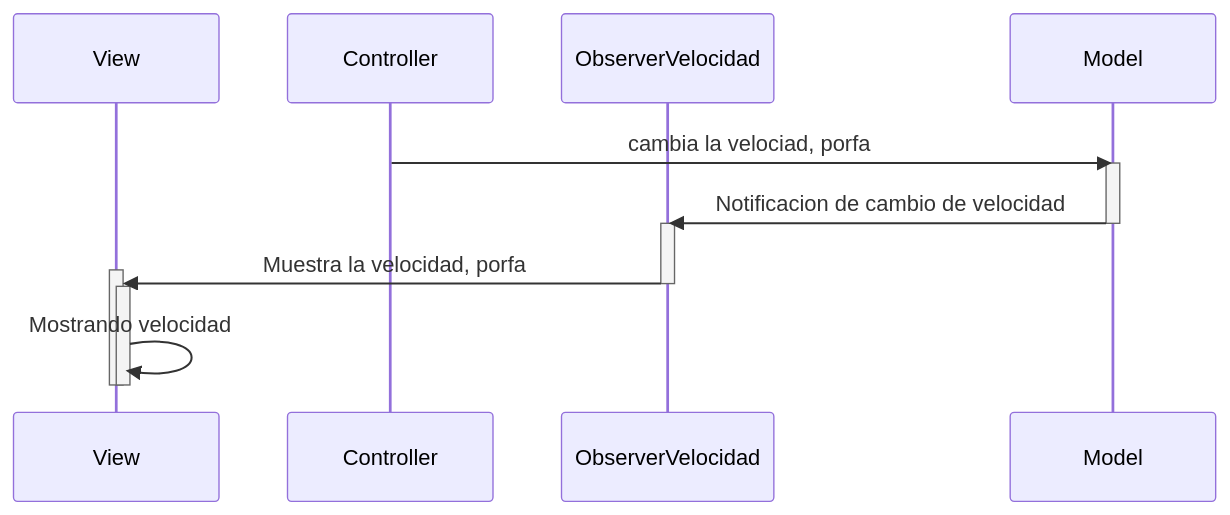
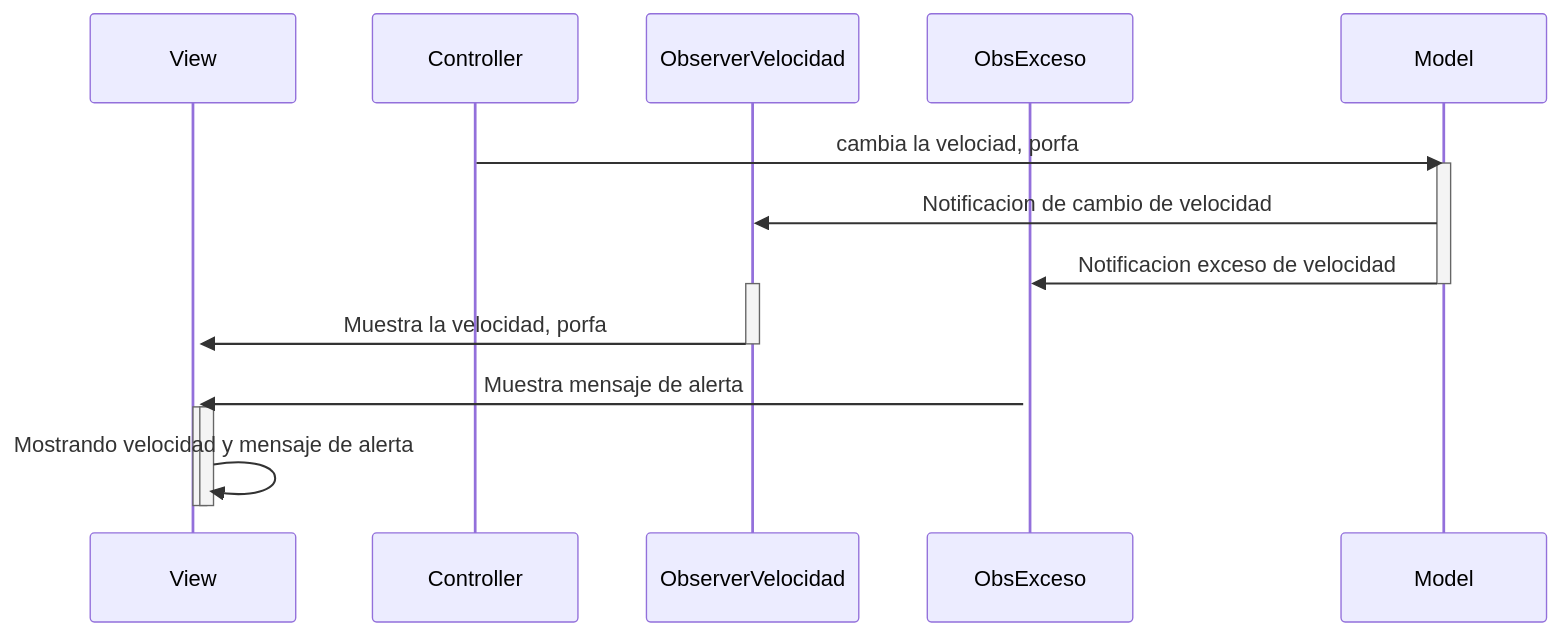
One commit to SanLopezIgle/MVC_coches changed the second of 2 diagrams in Readme.md. Above: the diagram before and after it, drawn with Mermaid. The commit also changed other lines of this file, not shown here.

````diff
--- a/Readme.md
+++ b/Readme.md
@@ -56,18 +60,22 @@
 ```mermaid
 sequenceDiagram
     participant View
     participant Controller
     participant ObserverVelocidad
+    participant ObsExceso
     participant Model
     
     Controller->>Model: cambia la velociad, porfa
     activate Model
     Model->>ObserverVelocidad: Notificacion de cambio de velocidad
+    Model->>ObsExceso: Notificacion exceso de velocidad
     deactivate Model
     activate ObserverVelocidad
     ObserverVelocidad->>+View: Muestra la velocidad, porfa
     deactivate ObserverVelocidad
+    activate ObsExceso
+    ObsExceso->>+View: Muestra mensaje de alerta
     activate View
-    View->>-View: Mostrando velocidad
+    View->>-View: Mostrando velocidad y mensaje de alerta
     deactivate View
 ```
````
